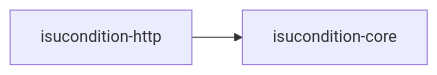
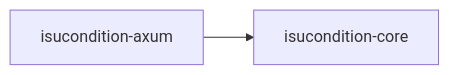
The first of 3 diagrams in README.md (walf443/isucon11-qualify-rust-axum), drawn with Mermaid before and after one commit. The commit also changed other lines of this file and 2 other files, not shown here.

Commit message:
rename package name

````diff
--- a/README.md
+++ b/README.md
@@ -16,5 +16,5 @@
 ```mermaid
 
 flowchart LR
-  isucondition-http --> isucondition-core
+  isucondition-axum --> isucondition-core
 ```
````
